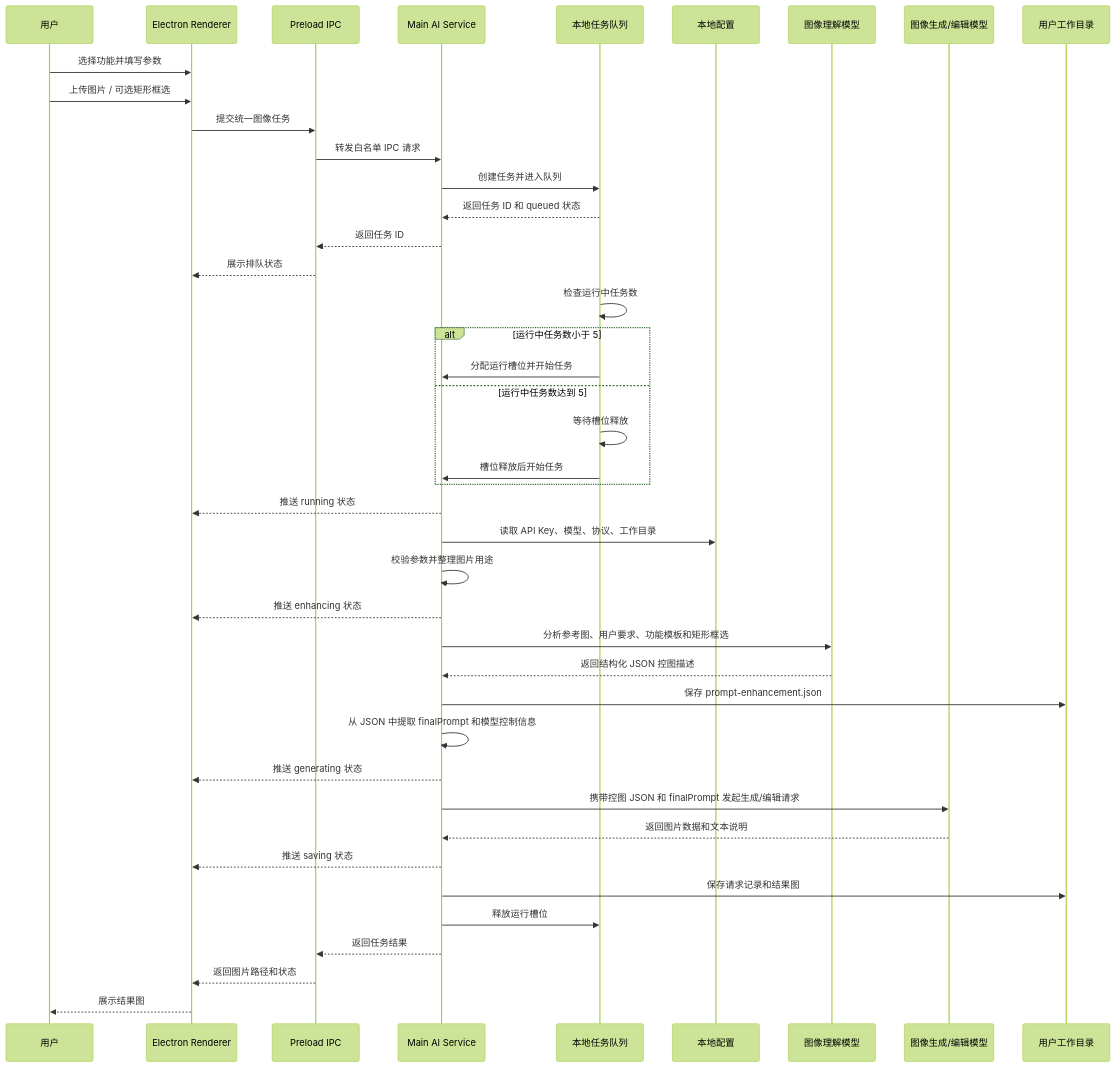
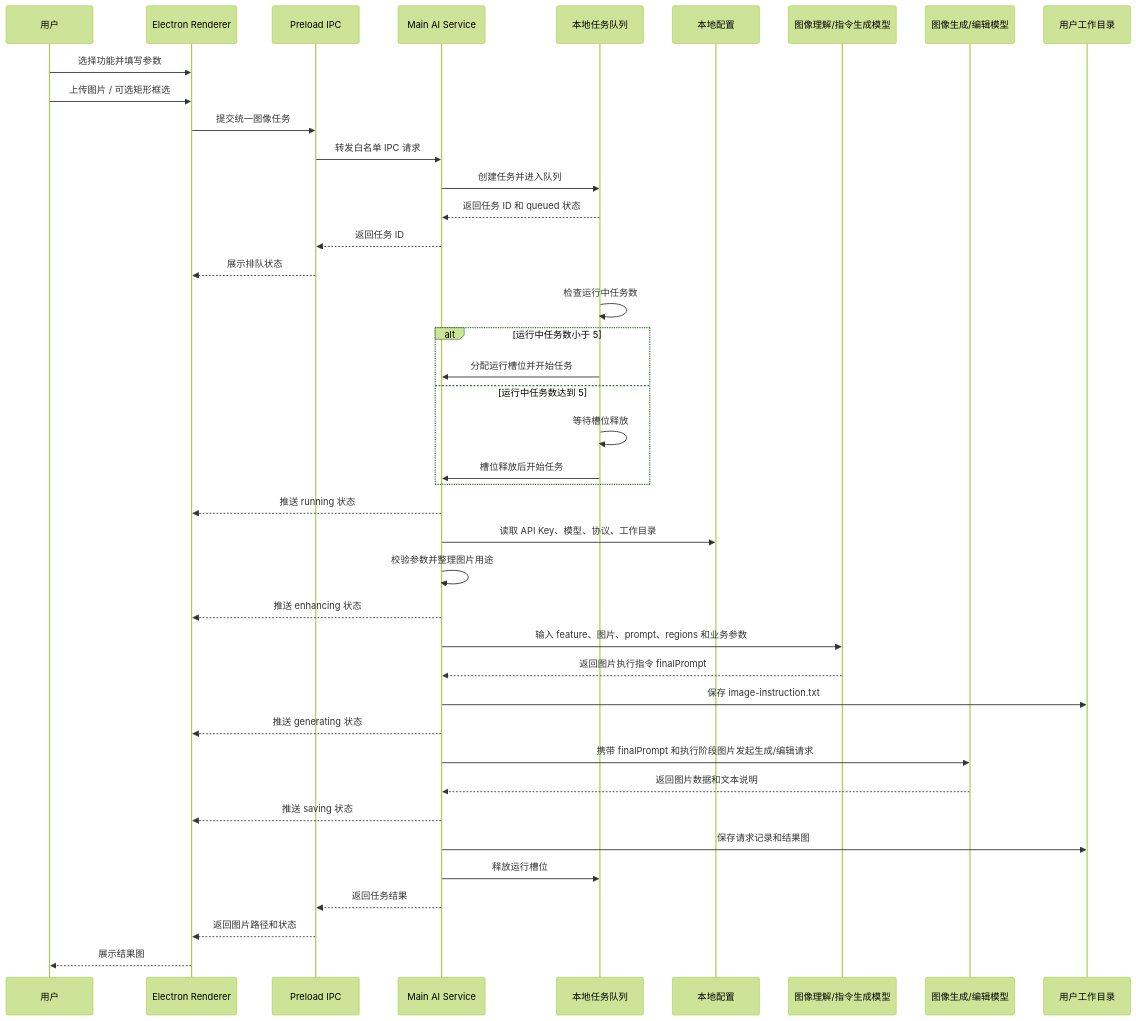
One commit to Hayreal/Tickpic changed the second of 3 diagrams in docs/ai-image-api-implementation-plan.md. Above: the diagram before and after it, drawn with Mermaid (forest theme). The commit also changed other lines of this file and 15 other files, not shown here.

````diff
--- a/docs/ai-image-api-implementation-plan.md
+++ b/docs/ai-image-api-implementation-plan.md
@@ -294,49 +314,48 @@
 ```mermaid
 sequenceDiagram
   participant User as 用户
   participant UI as Electron Renderer
   participant IPC as Preload IPC
   participant Main as Main AI Service
   participant Queue as 本地任务队列
   participant Config as 本地配置
-  participant Vision as 图像理解模型
+  participant Vision as 图像理解/指令生成模型
   participant Image as 图像生成/编辑模型
   participant FS as 用户工作目录
 
   User->>UI: 选择功能并填写参数
   User->>UI: 上传图片 / 可选矩形框选
   UI->>IPC: 提交统一图像任务
   IPC->>Main: 转发白名单 IPC 请求
   Main->>Queue: 创建任务并进入队列
   Queue-->>Main: 返回任务 ID 和 queued 状态
   Main-->>IPC: 返回任务 ID
   IPC-->>UI: 展示排队状态
 
   Queue->>Queue: 检查运行中任务数
   alt 运行中任务数小于 5
     Queue->>Main: 分配运行槽位并开始任务
   else 运行中任务数达到 5
     Queue->>Queue: 等待槽位释放
     Queue->>Main: 槽位释放后开始任务
   end
 
   Main-->>UI: 推送 running 状态
   Main->>Config: 读取 API Key、模型、协议、工作目录
   Main->>Main: 校验参数并整理图片用途
 
   Main-->>UI: 推送 enhancing 状态
-  Main->>Vision: 分析参考图、用户要求、功能模板和矩形框选
-  Vision-->>Main: 返回结构化 JSON 控图描述
-  Main->>FS: 保存 prompt-enhancement.json
-  Main->>Main: 从 JSON 中提取 finalPrompt 和模型控制信息
+  Main->>Vision: 输入 feature、图片、prompt、regions 和业务参数
+  Vision-->>Main: 返回图片执行指令 finalPrompt
+  Main->>FS: 保存 image-instruction.txt
 
   Main-->>UI: 推送 generating 状态
-  Main->>Image: 携带控图 JSON 和 finalPrompt 发起生成/编辑请求
+  Main->>Image: 携带 finalPrompt 和执行阶段图片发起生成/编辑请求
   Image-->>Main: 返回图片数据和文本说明
   Main-->>UI: 推送 saving 状态
   Main->>FS: 保存请求记录和结果图
   Main->>Queue: 释放运行槽位
   Main-->>IPC: 返回任务结果
   IPC-->>UI: 返回图片路径和状态
   UI-->>User: 展示结果图
 ```
````
